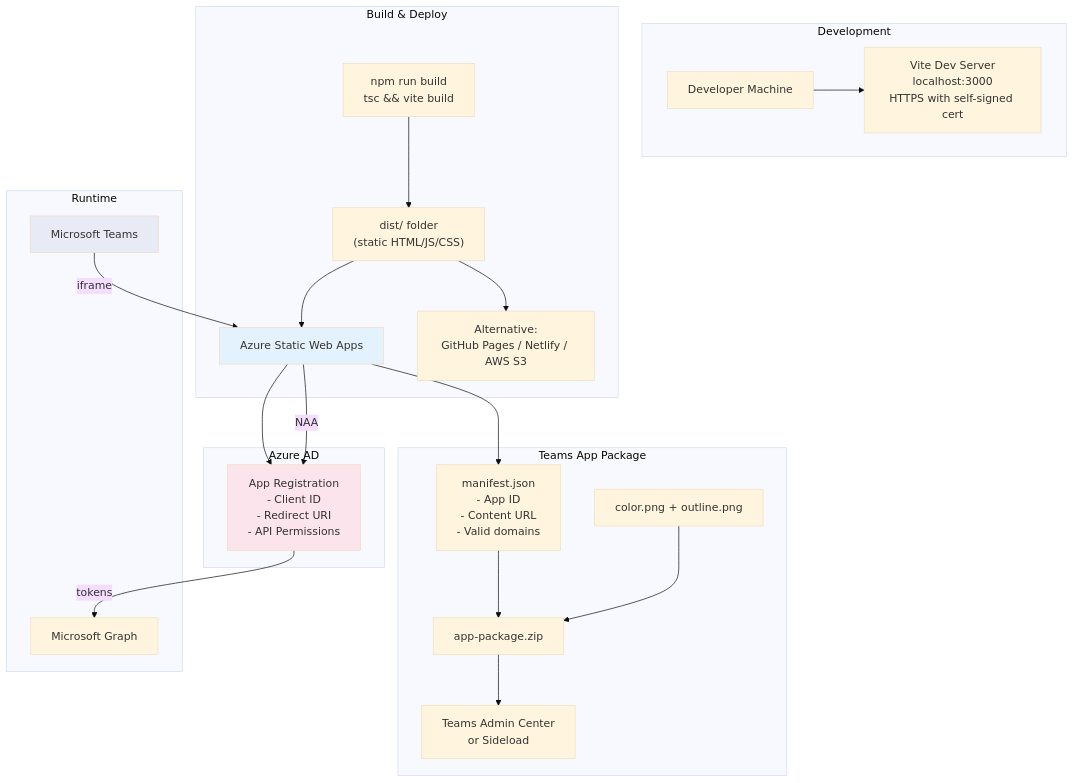
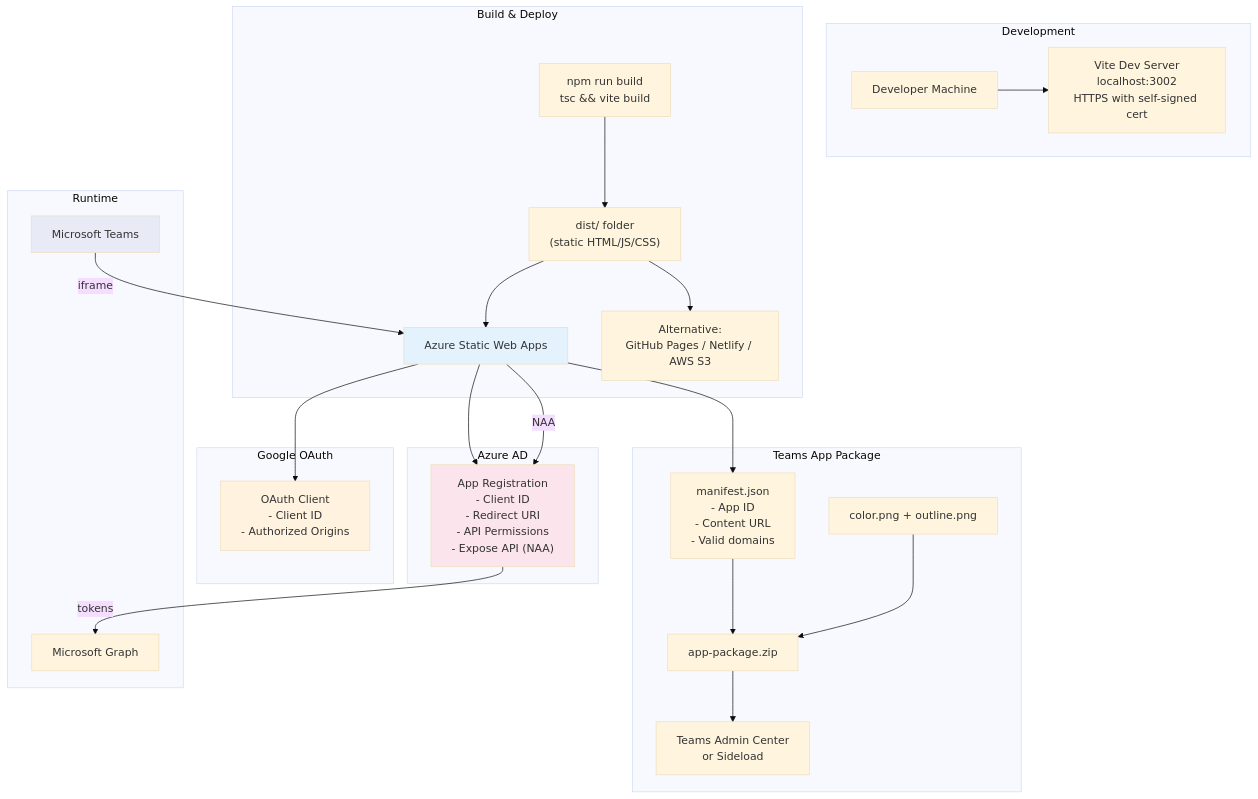
Diagram 12 of 14 in docs/DESIGN.md (mazharm/mdedit), drawn with Mermaid (base theme) before and after one commit. The commit also changed other lines of this file and 3 other files, not shown here.

````diff
--- a/docs/DESIGN.md
+++ b/docs/DESIGN.md
@@ -480,40 +576,46 @@
 ```mermaid
 graph TB
     subgraph "Development"
         DEV["Developer Machine"]
-        DEV --> VITE["Vite Dev Server<br/>localhost:3000<br/>HTTPS with self-signed cert"]
+        DEV --> VITE["Vite Dev Server<br/>localhost:3002<br/>HTTPS with self-signed cert"]
     end
 
     subgraph "Build & Deploy"
         BUILD["npm run build<br/>tsc && vite build"]
         BUILD --> DIST["dist/ folder<br/>(static HTML/JS/CSS)"]
         DIST --> AZURE["Azure Static Web Apps"]
         DIST --> ALT["Alternative:<br/>GitHub Pages / Netlify / AWS S3"]
     end
 
     subgraph "Azure AD"
-        AAD_REG["App Registration<br/>- Client ID<br/>- Redirect URI<br/>- API Permissions"]
+        AAD_REG["App Registration<br/>- Client ID<br/>- Redirect URI<br/>- API Permissions<br/>- Expose API (NAA)"]
+    end
+
+    subgraph "Google OAuth"
+        GOOGLE_REG["OAuth Client<br/>- Client ID<br/>- Authorized Origins"]
     end
 
     subgraph "Teams App Package"
         MANIFEST["manifest.json<br/>- App ID<br/>- Content URL<br/>- Valid domains"]
         ICONS["color.png + outline.png"]
         MANIFEST --> ZIP["app-package.zip"]
         ICONS --> ZIP
         ZIP --> ADMIN["Teams Admin Center<br/>or Sideload"]
     end
 
     AZURE --> AAD_REG
+    AZURE --> GOOGLE_REG
     AZURE --> MANIFEST
 
     subgraph "Runtime"
         TEAMS["Microsoft Teams"]
         TEAMS -->|iframe| AZURE
         AZURE -->|NAA| AAD_REG
         AAD_REG -->|tokens| GRAPH["Microsoft Graph"]
     end
 
     style AZURE fill:#e3f2fd
     style AAD_REG fill:#fce4ec
+    style GOOGLE_REG fill:#fff3e0
     style TEAMS fill:#e8eaf6
 ```
````
